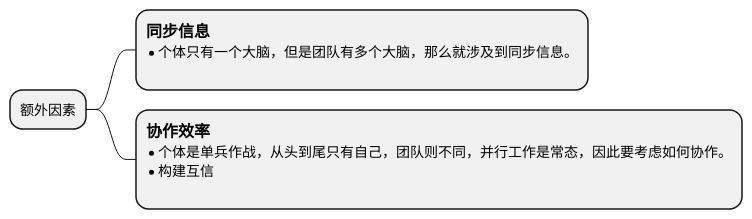
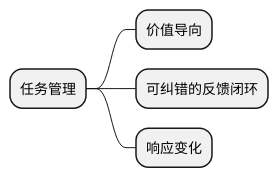
The seventh of 13 diagrams in content/insights/what_is_agile/index.zh-cn.raw.md (lem-org/lem-org.github.io), drawn with PlantUML before and after one commit. The commit also changed other lines of this file and 22 other files, not shown here.

````diff
--- a/content/insights/what_is_agile/index.zh-cn.raw.md
+++ b/content/insights/what_is_agile/index.zh-cn.raw.md
@@ -129,15 +149,8 @@
 ```plantuml
 @startmindmap
-* 额外因素
-
-**:==同步信息
-* 个体只有一个大脑，但是团队有多个大脑，那么就涉及到同步信息。
-;
-
-**:==协作效率
-* 个体是单兵作战，从头到尾只有自己，团队则不同，并行工作是常态，因此要考虑如何协作。
-* 构建互信
-;
-
+* 任务管理
+    * 价值导向
+    * 可纠错的反馈闭环
+    * 响应变化
 @endmindmap
 ```
````
